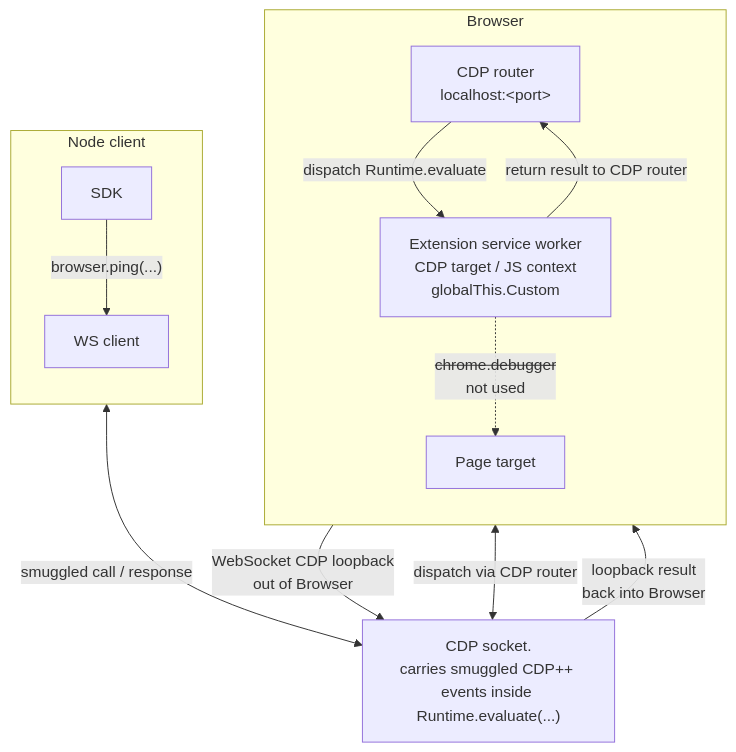
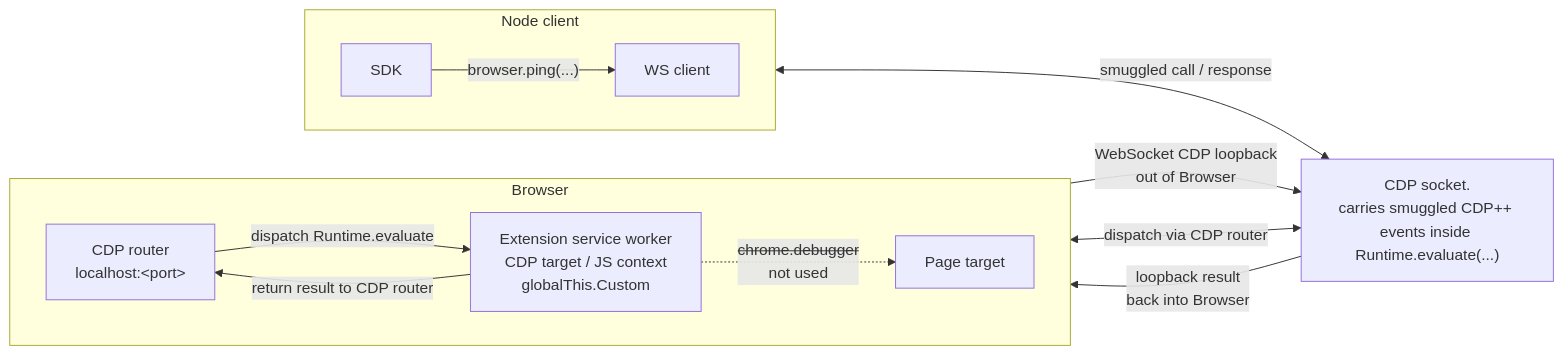
Before and after one commit to pirate/chrome-cdp-extension-bridge: the third of 4 diagrams in README.md, drawn with Mermaid. The commit also changed other lines of this file, not shown here.

Commit message:
Restore flowchart diagram structure

````diff
--- a/README.md
+++ b/README.md
@@ -109,26 +109,26 @@
 ```mermaid
-flowchart TB
+flowchart LR
   subgraph Node["Node client"]
-    direction TB
+    direction LR
     SDK["SDK"]
     WS["WS client"]
     SDK -->|"browser.ping(...)"| WS
   end
 
-  Socket["CDP socket.<br/>carries smuggled CDP++ events inside Runtime.evaluate(...)"]
-
   subgraph Browser["Browser"]
-    direction TB
+    direction LR
     CDP["CDP router<br/>localhost:&lt;port&gt;"]
     SW["Extension service worker<br/>CDP target / JS context<br/>globalThis.Custom"]
     Page["Page target"]
     CDP -->|"dispatch Runtime.evaluate"| SW
     SW -. "<s>chrome.debugger</s><br/>not used" .-> Page
   end
 
+  Socket["CDP socket.<br/>carries smuggled CDP++ events inside Runtime.evaluate(...)"]
+
   WS <-->|"smuggled call / response"| Socket
   Socket <-->|"dispatch via CDP router"| CDP
   SW -->|"WebSocket CDP loopback<br/>out of Browser"| Socket
   Socket -->|"loopback result<br/>back into Browser"| SW
   SW -->|"return result to CDP router"| CDP
 ```
````
